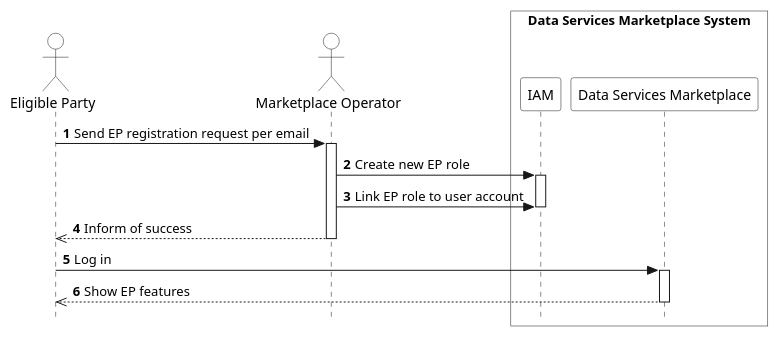
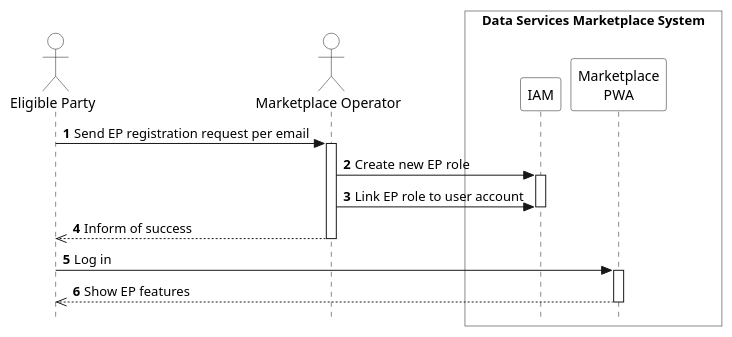
The diagram in arc42/marketplace/runtime-view/figures/marketplace-register-ep.puml (eddie-energy/architecture), drawn with PlantUML before and after one commit. The commit also changed 12 other files, not shown here.

```diff
--- a/arc42/marketplace/runtime-view/figures/marketplace-register-ep.puml
+++ b/arc42/marketplace/runtime-view/figures/marketplace-register-ep.puml
@@ -1,35 +1,35 @@
 @startuml marketplace-register-ep
 
 skinparam style strictuml
 skinparam sequence {
   ParticipantBackgroundColor transparent
   ActorBackgroundColor transparent
 }
 
 autonumber
 !pragma teoz true
 
 actor "Eligible Party" as ep
 actor "Marketplace Operator" as operator
 
 box "Data Services Marketplace System" #transparent
   participant "IAM" as iam
-  participant "Data Services Marketplace" as marketplace
+  participant "Marketplace\nPWA" as app
 end box
 
 ep -> operator : Send EP registration request per email
 activate operator
 operator -> iam : Create new EP role
 activate iam
 operator -> iam : Link EP role to user account
 
 deactivate iam
 operator -->> ep : Inform of success
 deactivate operator
-ep -> marketplace : Log in
-activate marketplace
-marketplace -->> ep: Show EP features
-deactivate marketplace
+ep -> app : Log in
+activate app
+app -->> ep: Show EP features
+deactivate app
 
 
 @enduml
```
